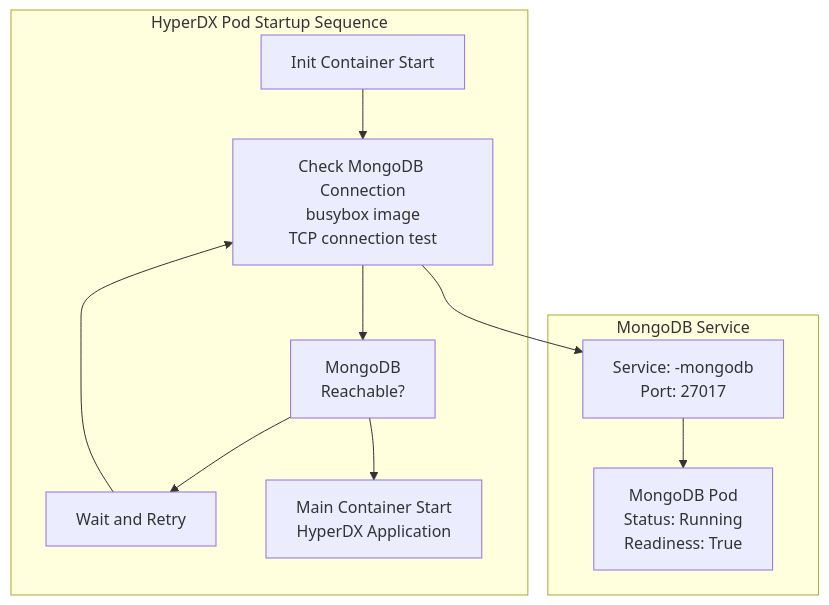
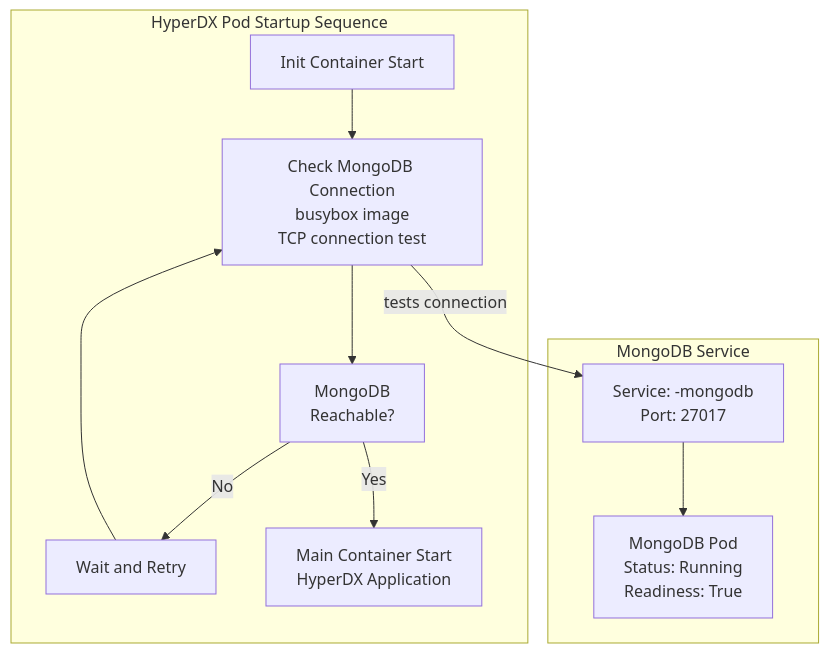
The fourth of 4 diagrams in docs/hyperdxio-helm-charts-docs/MongoDB-Configuration.md (openchoreo/openchoreo), drawn with Mermaid before and after one commit. The commit also changed other lines of this file and 85 other files, not shown here.

Commit message:
feat: Add new workflow and specification templates, update Helm chart dependencies, and clarify documentation diagrams.

````diff
--- a/docs/hyperdxio-helm-charts-docs/MongoDB-Configuration.md
+++ b/docs/hyperdxio-helm-charts-docs/MongoDB-Configuration.md
@@ -404,32 +404,32 @@
 ```mermaid
 flowchart TD
 
 InitStart["Init Container Start"]
 WaitCheck["Check MongoDB Connection<br>busybox image<br>TCP connection test"]
 WaitSuccess["MongoDB<br>Reachable?"]
 WaitRetry["Wait and Retry"]
 MainStart["Main Container Start<br>HyperDX Application"]
 MongoService["Service: -mongodb<br>Port: 27017"]
 MongoPod["MongoDB Pod<br>Status: Running<br>Readiness: True"]
 
-WaitCheck --> MongoService
+WaitCheck -->|"tests connection"| MongoService
 
 subgraph subGraph1 ["MongoDB Service"]
     MongoService
     MongoPod
     MongoService --> MongoPod
 end
 
 subgraph subGraph0 ["HyperDX Pod Startup Sequence"]
     InitStart
     WaitCheck
     WaitSuccess
     WaitRetry
     MainStart
     InitStart --> WaitCheck
     WaitCheck --> WaitSuccess
-    WaitSuccess --> WaitRetry
+    WaitSuccess -->|"No"| WaitRetry
     WaitRetry --> WaitCheck
-    WaitSuccess --> MainStart
+    WaitSuccess -->|"Yes"| MainStart
 end
 ```
````
